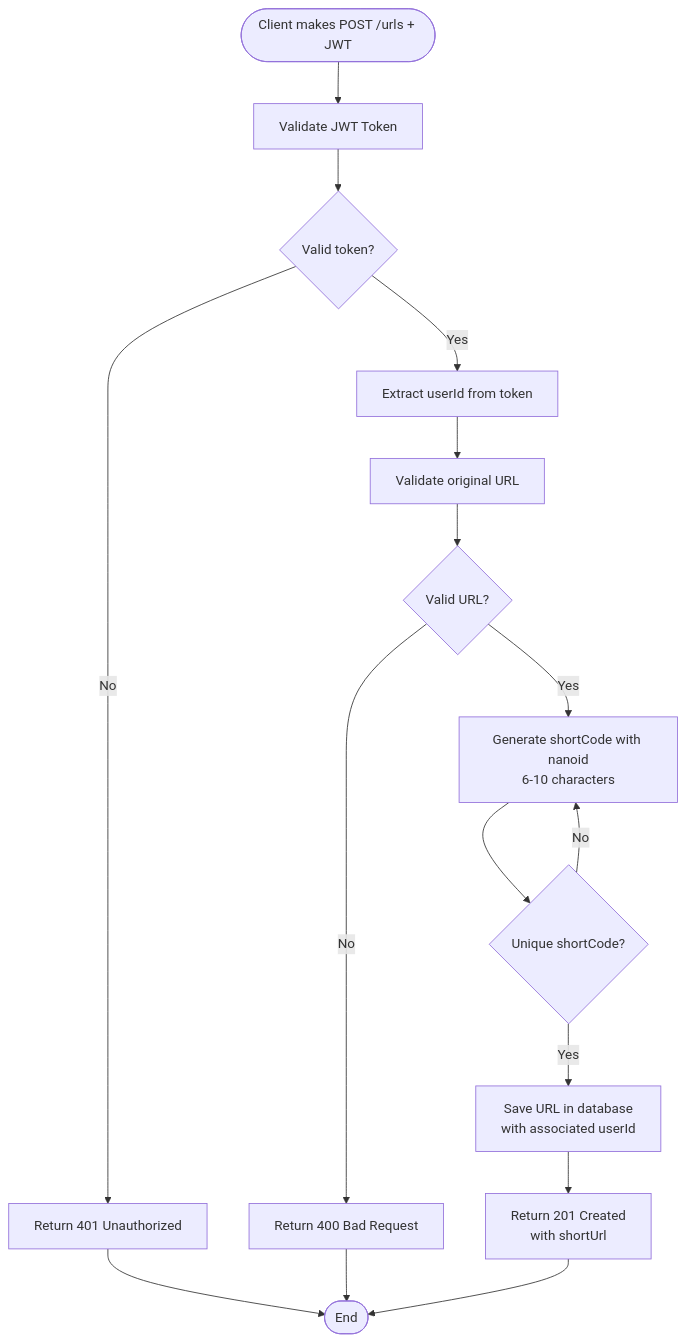
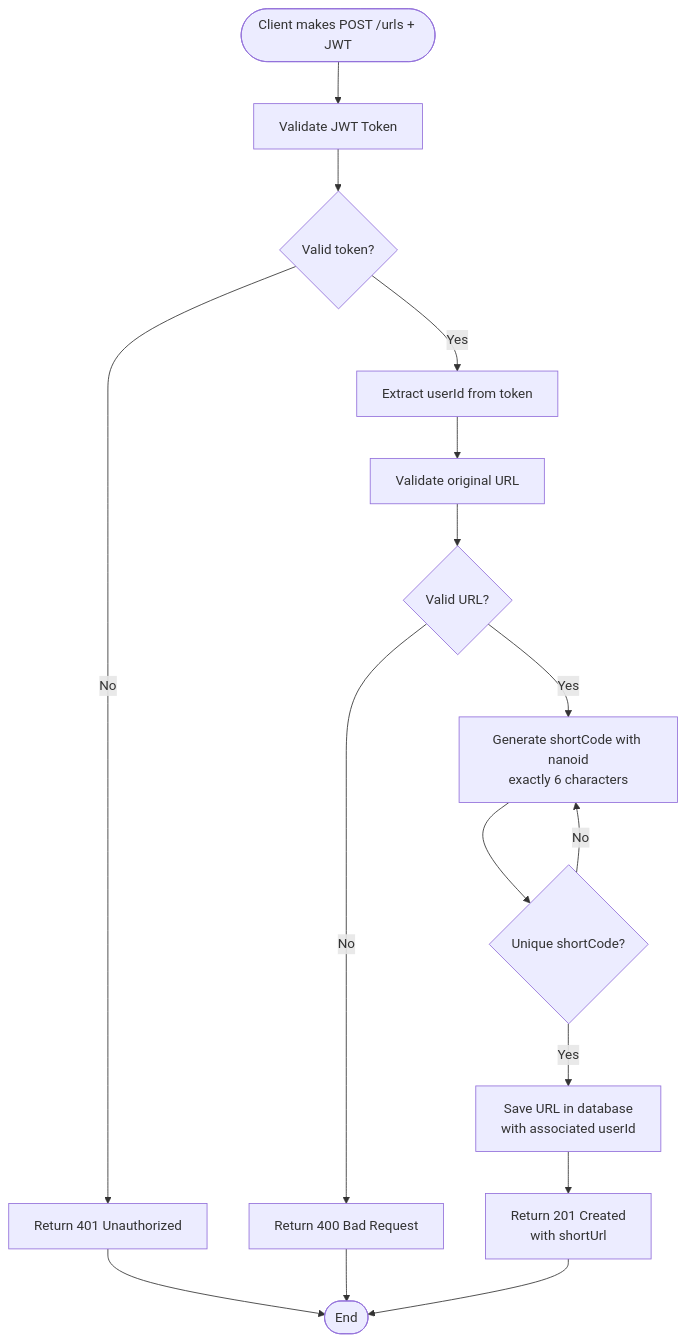
The first of 3 diagrams in README.md (TheJoaoRech/url-shortener-api), drawn with Mermaid before and after one commit. The commit also changed other lines of this file, not shown here.

````diff
--- a/README.md
+++ b/README.md
@@ -225,30 +228,30 @@
 ```mermaid
 flowchart TD
     Start([Client makes POST /urls + JWT])
     A[Validate JWT Token]
     B{Valid token?}
     C[Return 401 Unauthorized]
     D[Extract userId from token]
     E[Validate original URL]
     F{Valid URL?}
     G[Return 400 Bad Request]
-    H[Generate shortCode with nanoid<br/>6-10 characters]
+    H[Generate shortCode with nanoid<br/>exactly 6 characters]
     I{Unique shortCode?}
     J[Save URL in database<br/>with associated userId]
     K[Return 201 Created<br/>with shortUrl]
     End([End])
 
     Start --> A
     A --> B
     B -->|No| C --> End
     B -->|Yes| D
     D --> E
     E --> F
     F -->|No| G --> End
     F -->|Yes| H
     H --> I
     I -->|No| H
     I -->|Yes| J
     J --> K
     K --> End
 ```
````
